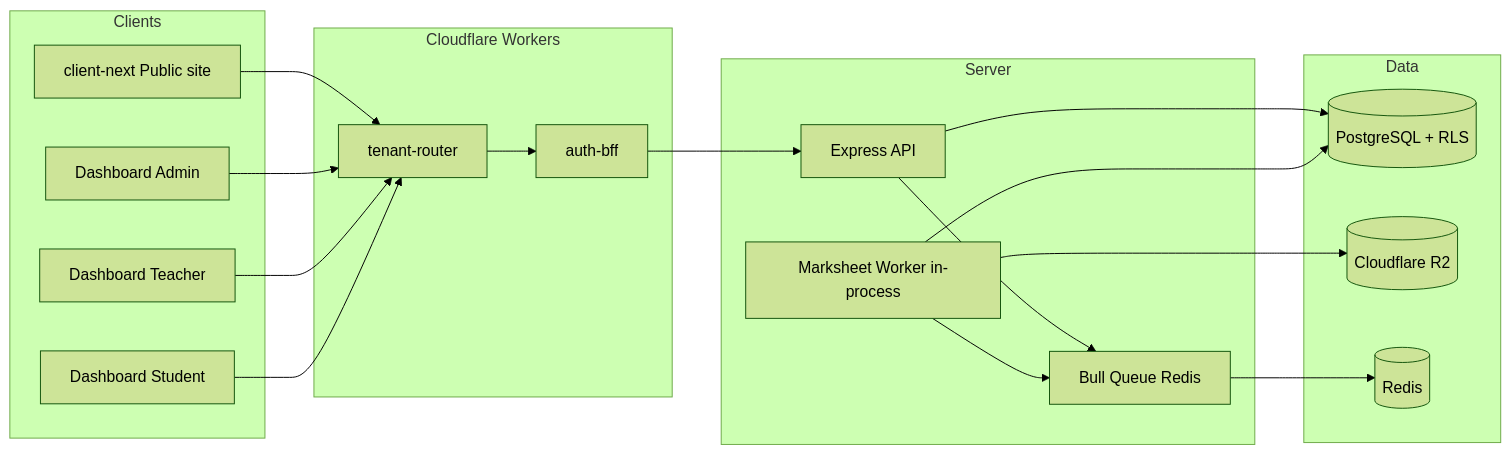
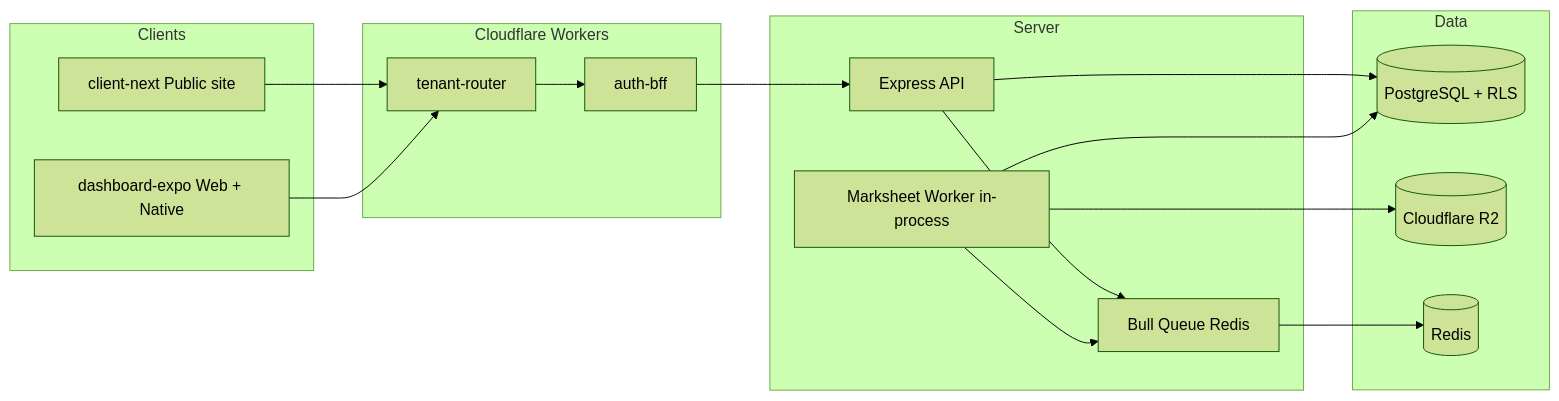
The diagram in README.md (Mutiur03/School), drawn with Mermaid (forest theme) before and after one commit. The commit also changed other lines of this file and 11 other files, not shown here.

````diff
--- a/README.md
+++ b/README.md
@@ -44,39 +39,35 @@
 ```mermaid
 flowchart LR
   subgraph clients [Clients]
     WEB[client-next Public site]
-    ADM[Dashboard Admin]
-    TCH[Dashboard Teacher]
-    STU[Dashboard Student]
+    APP[dashboard-expo Web + Native]
   end
 
   subgraph edge [Cloudflare Workers]
     TR[tenant-router]
     BFF[auth-bff]
   end
 
   subgraph backend [Server]
     API[Express API]
     W[Marksheet Worker in-process]
     Q[Bull Queue Redis]
   end
 
   subgraph data [Data]
     PG[(PostgreSQL + RLS)]
     R2[(Cloudflare R2)]
     RD[(Redis)]
   end
 
   WEB --> TR
-  ADM --> TR
-  TCH --> TR
-  STU --> TR
+  APP --> TR
   TR --> BFF
   BFF --> API
   API --> PG
   API --> Q
   Q --> RD
   W --> Q
   W --> R2
   W --> PG
 ```
````
